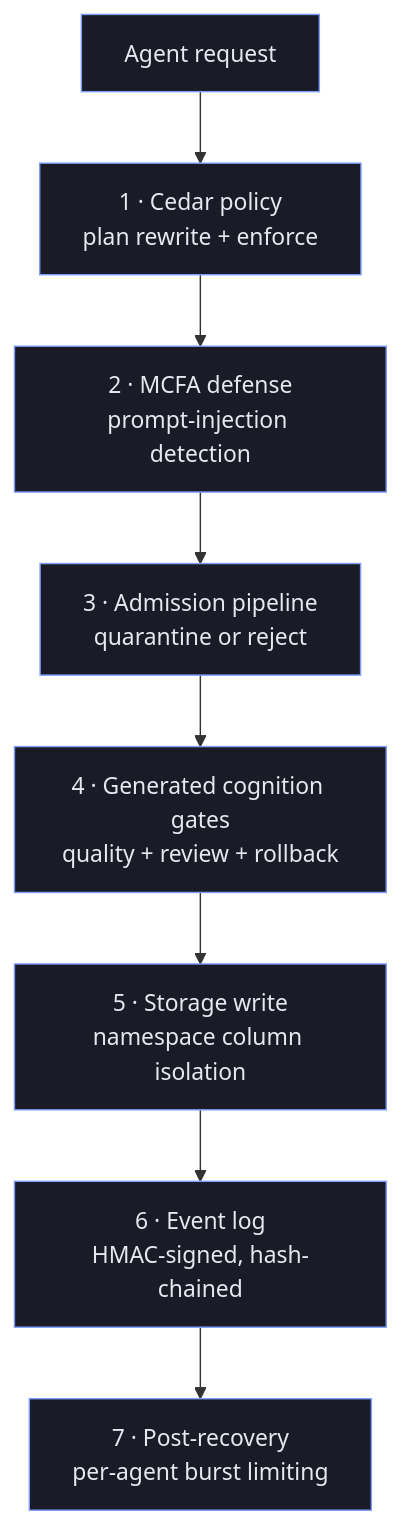
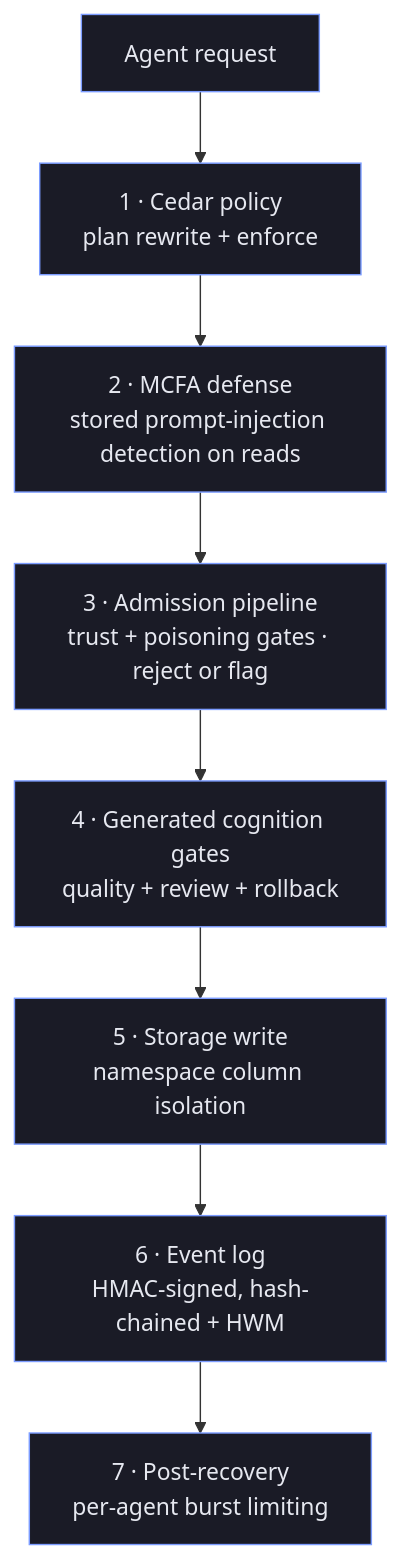
One commit to hupe1980/hirn changed the first of 3 diagrams in docs/security.md. Above: the diagram before and after it, drawn with Mermaid. The commit also changed other lines of this file and 206 other files, not shown here.

````diff
--- a/docs/security.md
+++ b/docs/security.md
@@ -68,12 +69,12 @@
 ```mermaid
 flowchart TD
   req[Agent request] --> cedar[1 · Cedar policy<br/>plan rewrite + enforce]
-  cedar --> mcfa[2 · MCFA defense<br/>prompt-injection detection]
-  mcfa --> adm[3 · Admission pipeline<br/>quarantine or reject]
+  cedar --> mcfa[2 · MCFA defense<br/>stored prompt-injection detection on reads]
+  mcfa --> adm[3 · Admission pipeline<br/>trust + poisoning gates · reject or flag]
   adm --> gcog[4 · Generated cognition gates<br/>quality + review + rollback]
   gcog --> ns[5 · Storage write<br/>namespace column isolation]
-  ns --> log[6 · Event log<br/>HMAC-signed, hash-chained]
+  ns --> log[6 · Event log<br/>HMAC-signed, hash-chained + HWM]
   log --> rl[7 · Post-recovery<br/>per-agent burst limiting]
   classDef s fill:#1a1b26,stroke:#7c9cff,color:#e6e8f0;
   class req,cedar,mcfa,adm,gcog,ns,log,rl s;
 ```
````
